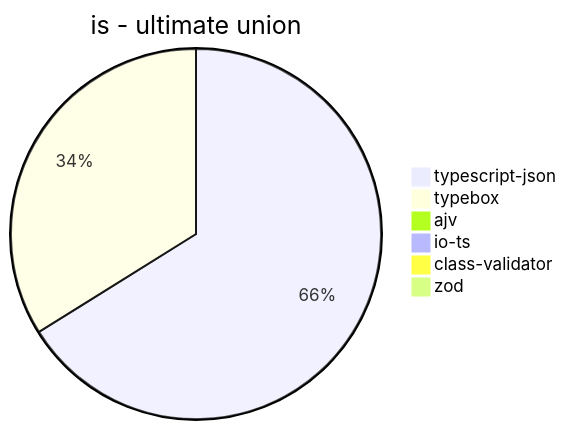
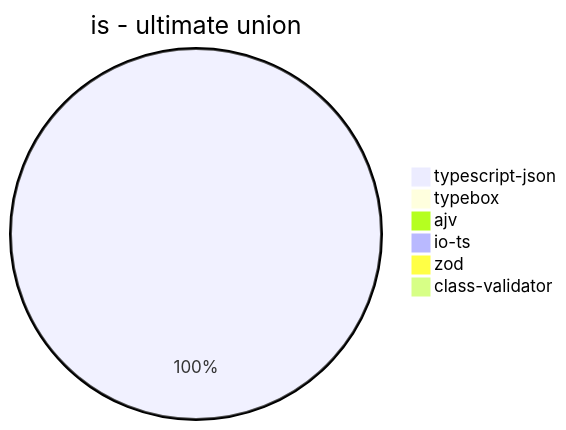
One commit to samchon/typia changed the eighth of 39 diagrams in benchmark/results/AMD Ryzen 9 5900HX with Radeon Graphics.md. Above: the diagram before and after it, drawn with Mermaid. The commit also changed other lines of this file and 3 other files, not shown here.

````diff
--- a/benchmark/results/AMD Ryzen 9 5900HX with Radeon Graphics.md
+++ b/benchmark/results/AMD Ryzen 9 5900HX with Radeon Graphics.md
@@ -98,9 +98,9 @@
 ```mermaid
 pie title is - ultimate union
-  "typescript-json": 616.6850422638736
-  "typebox": 315.9259259259259
+  "typescript-json": 612.6338718460701
+  "typebox": 0
   "ajv": 0
   "io-ts": 0
+  "zod": 0.35945363048166784
   "class-validator": 0
-  "zod": 0.3537318712415989
 ```
````
